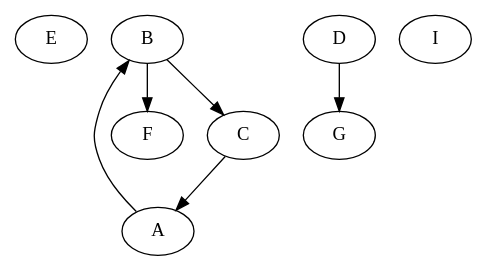
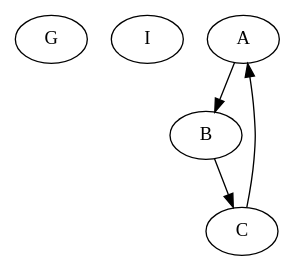
Before and after one commit to v-Cm/CSE-464-2023-vconjeev: the diagram in part1/outputs/main/mainOutputGraphics.dot, drawn with Graphviz. The commit also changed 12 other files, not shown here.

```diff
--- a/part1/outputs/main/mainOutputGraphics.dot
+++ b/part1/outputs/main/mainOutputGraphics.dot
@@ -1,11 +1,7 @@
 digraph {
-"E"
-"F"
 "G"
 "I"
 "A" -> "B"
 "B" -> "C"
-"B" -> "F"
 "C" -> "A"
-"D" -> "G"
 }
```
